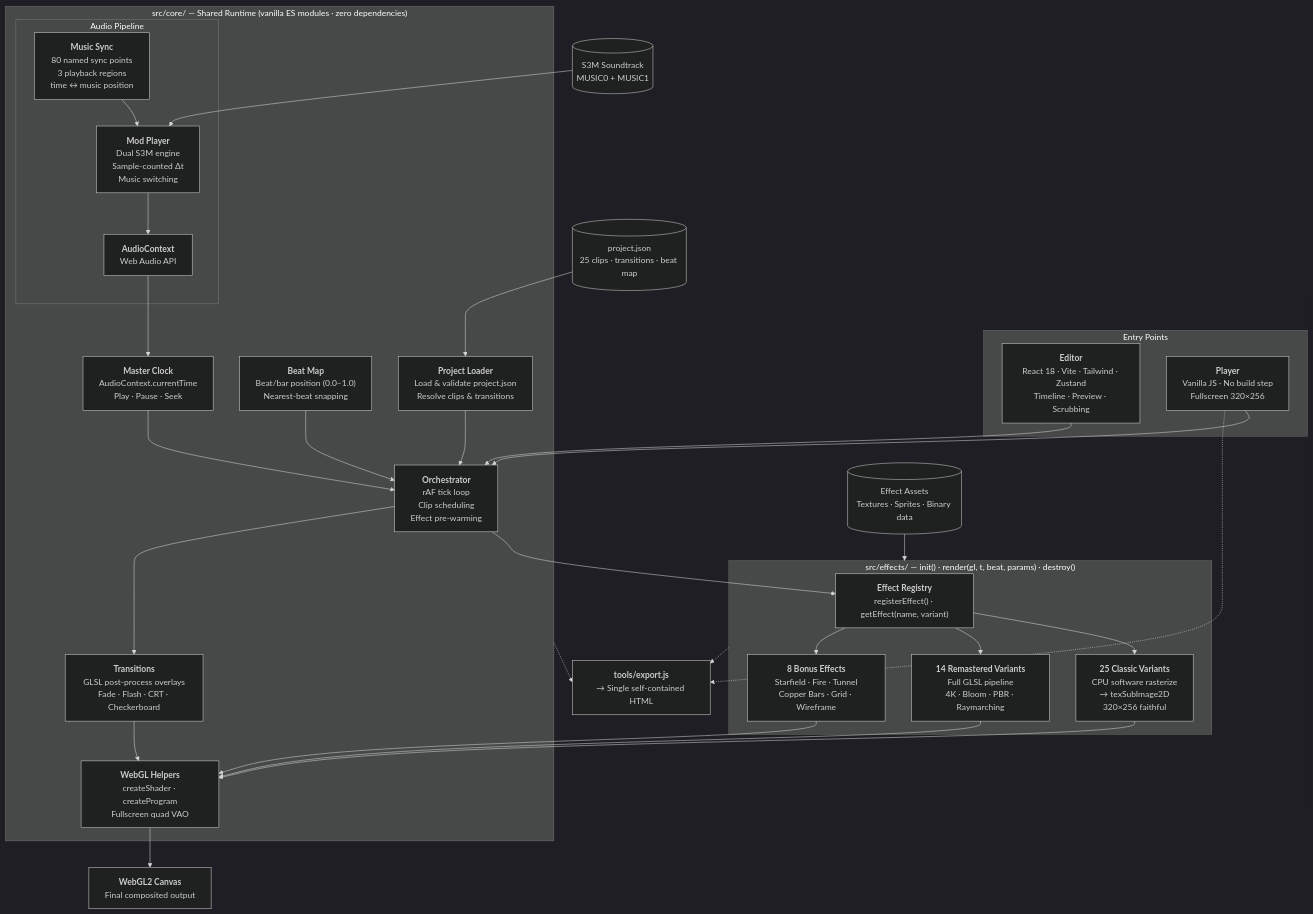
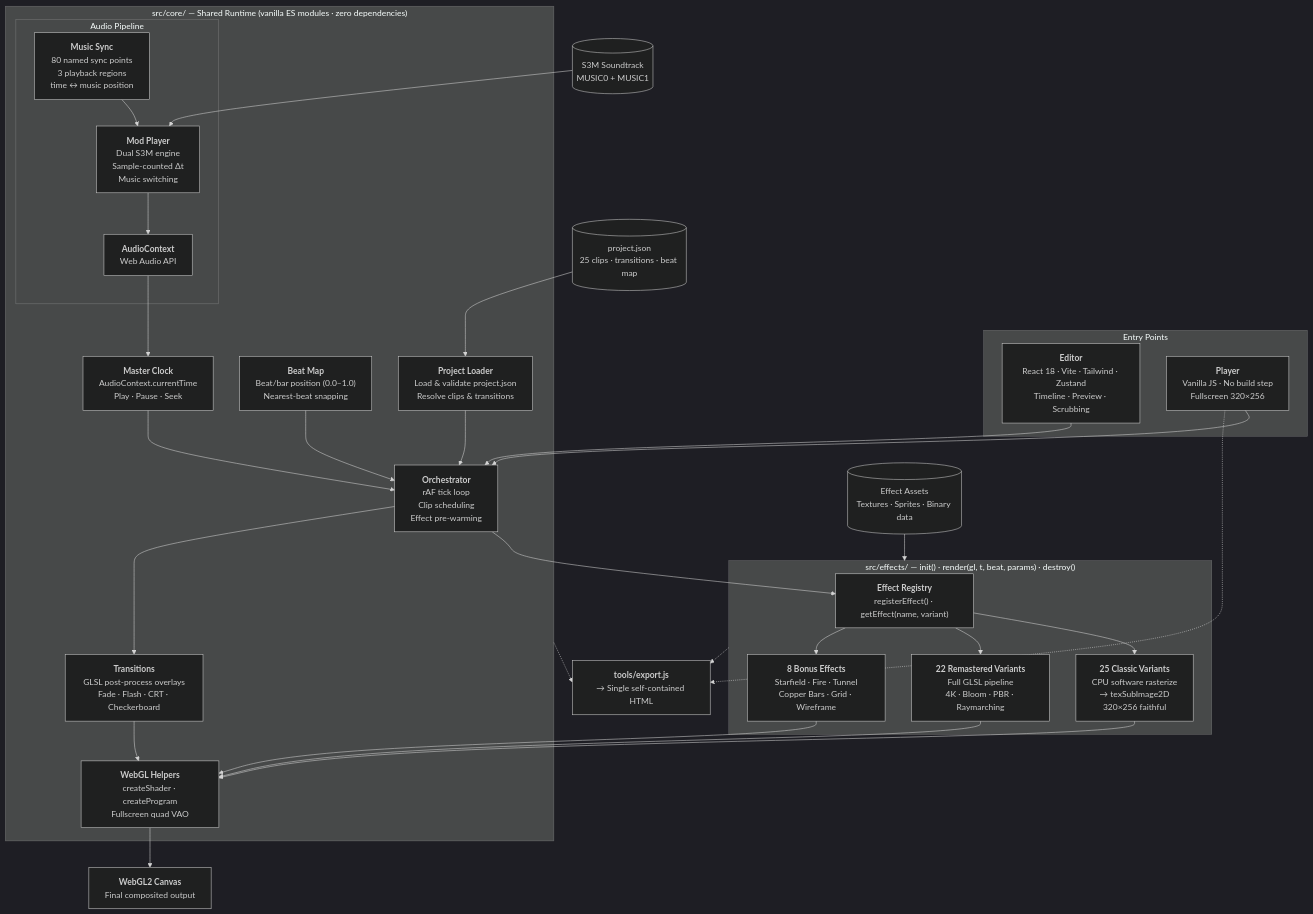
One commit to pdcgomes/second-reality-augmented changed the diagram in README.md. Above: the diagram before and after it, drawn with Mermaid (dark theme). The commit also changed other lines of this file and 1 other file, not shown here.

````diff
--- a/README.md
+++ b/README.md
@@ -51,80 +51,80 @@
 ```mermaid
 graph TD
     %% ── Assets ──
     PJ[("project.json<br/>25 clips · transitions · beat map")]
     S3M[("S3M Soundtrack<br/>MUSIC0 + MUSIC1")]
     TEX[("Effect Assets<br/>Textures · Sprites · Binary data")]
 
     %% ── Entry Points ──
     subgraph Entry["Entry Points"]
         Editor["<b>Editor</b><br/>React 18 · Vite · Tailwind · Zustand<br/>Timeline · Preview · Scrubbing"]
         Player["<b>Player</b><br/>Vanilla JS · No build step<br/>Fullscreen 320×256"]
     end
 
     %% ── Core Runtime ──
     subgraph Core["src/core/ — Shared Runtime (vanilla ES modules · zero dependencies)"]
         Proj["<b>Project Loader</b><br/>Load & validate project.json<br/>Resolve clips & transitions"]
 
         subgraph Audio["Audio Pipeline"]
             MSync["<b>Music Sync</b><br/>80 named sync points<br/>3 playback regions<br/>time ↔ music position"]
             ModPlay["<b>Mod Player</b><br/>Dual S3M engine<br/>Sample-counted Δt<br/>Music switching"]
             AC["<b>AudioContext</b><br/>Web Audio API"]
         end
 
         Clock["<b>Master Clock</b><br/>AudioContext.currentTime<br/>Play · Pause · Seek"]
         BeatMap["<b>Beat Map</b><br/>Beat/bar position (0.0–1.0)<br/>Nearest-beat snapping"]
         Orch["<b>Orchestrator</b><br/>rAF tick loop<br/>Clip scheduling<br/>Effect pre-warming"]
         Trans["<b>Transitions</b><br/>GLSL post-process overlays<br/>Fade · Flash · CRT · Checkerboard"]
         WGL["<b>WebGL Helpers</b><br/>createShader · createProgram<br/>Fullscreen quad VAO"]
     end
 
     %% ── Effects Layer ──
     subgraph FX["src/effects/ — init() · render(gl, t, beat, params) · destroy()"]
         Reg["<b>Effect Registry</b><br/>registerEffect() · getEffect(name, variant)"]
         Classic["<b>25 Classic Variants</b><br/>CPU software rasterize<br/>→ texSubImage2D<br/>320×256 faithful"]
-        Remastered["<b>14 Remastered Variants</b><br/>Full GLSL pipeline<br/>4K · Bloom · PBR · Raymarching"]
+        Remastered["<b>22 Remastered Variants</b><br/>Full GLSL pipeline<br/>4K · Bloom · PBR · Raymarching"]
         Bonus["<b>8 Bonus Effects</b><br/>Starfield · Fire · Tunnel<br/>Copper Bars · Grid · Wireframe"]
     end
 
     %% ── Output ──
     Canvas["<b>WebGL2 Canvas</b><br/>Final composited output"]
     Export["<b>tools/export.js</b><br/>→ Single self-contained HTML"]
 
     %% ── Asset loading ──
     PJ --> Proj
     S3M --> ModPlay
     TEX --> FX
 
     %% ── Audio chain ──
     MSync --> ModPlay
     ModPlay --> AC
     AC --> Clock
 
     %% ── Core data flow ──
     Proj --> Orch
     Clock --> Orch
     BeatMap --> Orch
 
     %% ── Entry points drive the orchestrator ──
     Editor --> Orch
     Player --> Orch
 
     %% ── Effect resolution ──
     Orch --> Reg
     Reg --> Classic
     Reg --> Remastered
     Reg --> Bonus
 
     %% ── Render pipeline ──
     Classic --> WGL
     Remastered --> WGL
     Bonus --> WGL
     Orch --> Trans
     Trans --> WGL
     WGL --> Canvas
 
     %% ── Distribution ──
     Player -.-> Export
     Core -.-> Export
     FX -.-> Export
 ```
````
